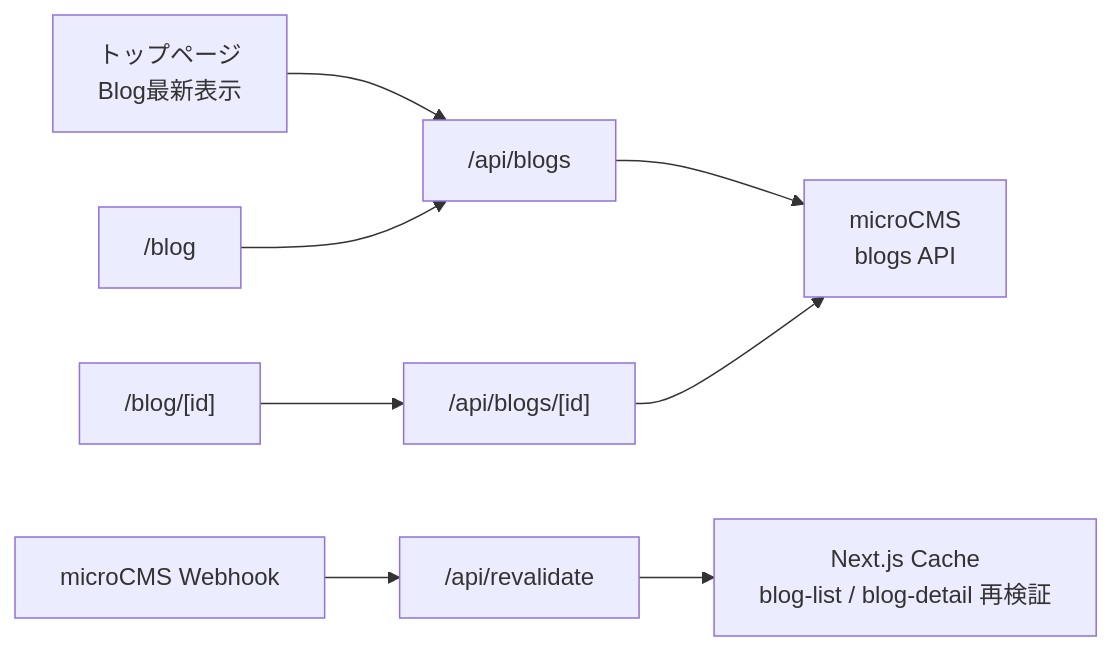
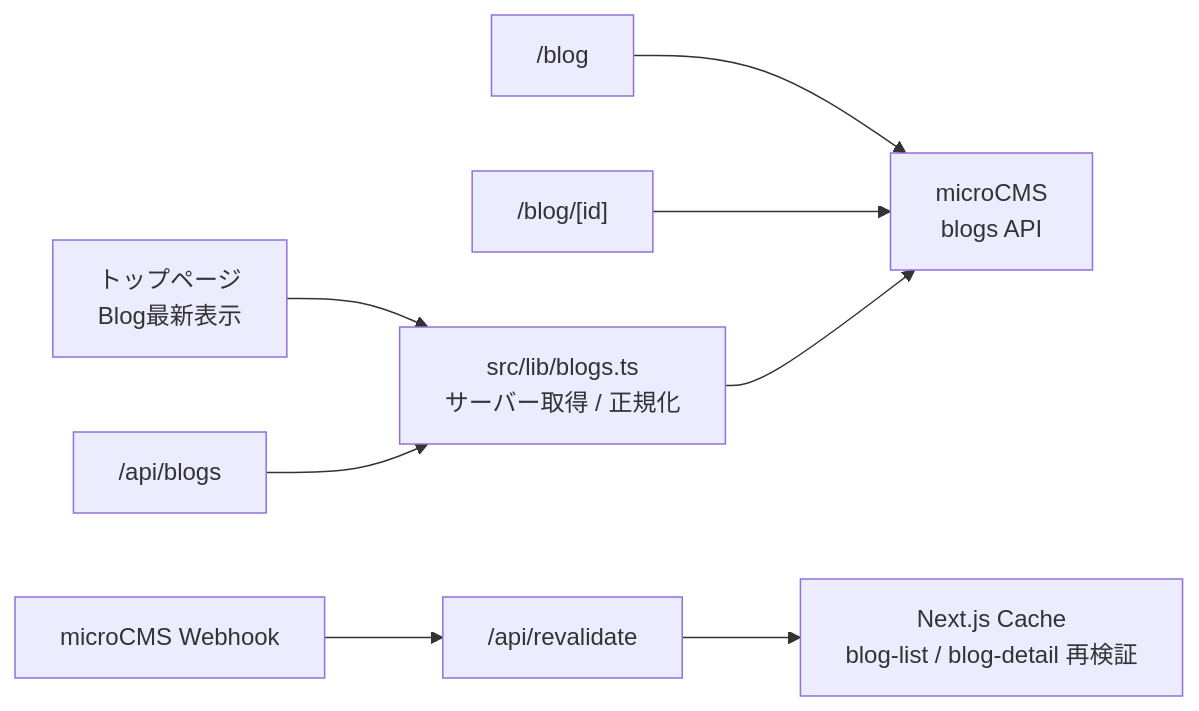
The third of 7 diagrams in macho-website/docs/site-architecture-mermaid.md (nariti12/macho-website), drawn with Mermaid before and after one commit. The commit also changed other lines of this file and 15 other files, not shown here.

````diff
--- a/macho-website/docs/site-architecture-mermaid.md
+++ b/macho-website/docs/site-architecture-mermaid.md
@@ -57,12 +58,12 @@
 ```mermaid
 flowchart LR
-  home[トップページ<br/>Blog最新表示] --> apiBlogs["/api/blogs"]
-  blogList["/blog"] --> apiBlogs
-  blogDetail["/blog/[id]"] --> apiBlogId["/api/blogs/[id]"]
+  home[トップページ<br/>Blog最新表示] --> blogLib[src/lib/blogs.ts<br/>サーバー取得 / 正規化]
+  apiBlogs["/api/blogs"] --> blogLib
+  blogList["/blog"] --> microcms[microCMS<br/>blogs API]
+  blogDetail["/blog/[id]"] --> microcms
 
-  apiBlogs --> microcms[microCMS<br/>blogs API]
-  apiBlogId --> microcms
+  blogLib --> microcms
 
   microcmsWebhook[microCMS Webhook] --> revalidate["/api/revalidate"]
   revalidate --> nextCache[Next.js Cache<br/>blog-list / blog-detail 再検証]
 ```
````
